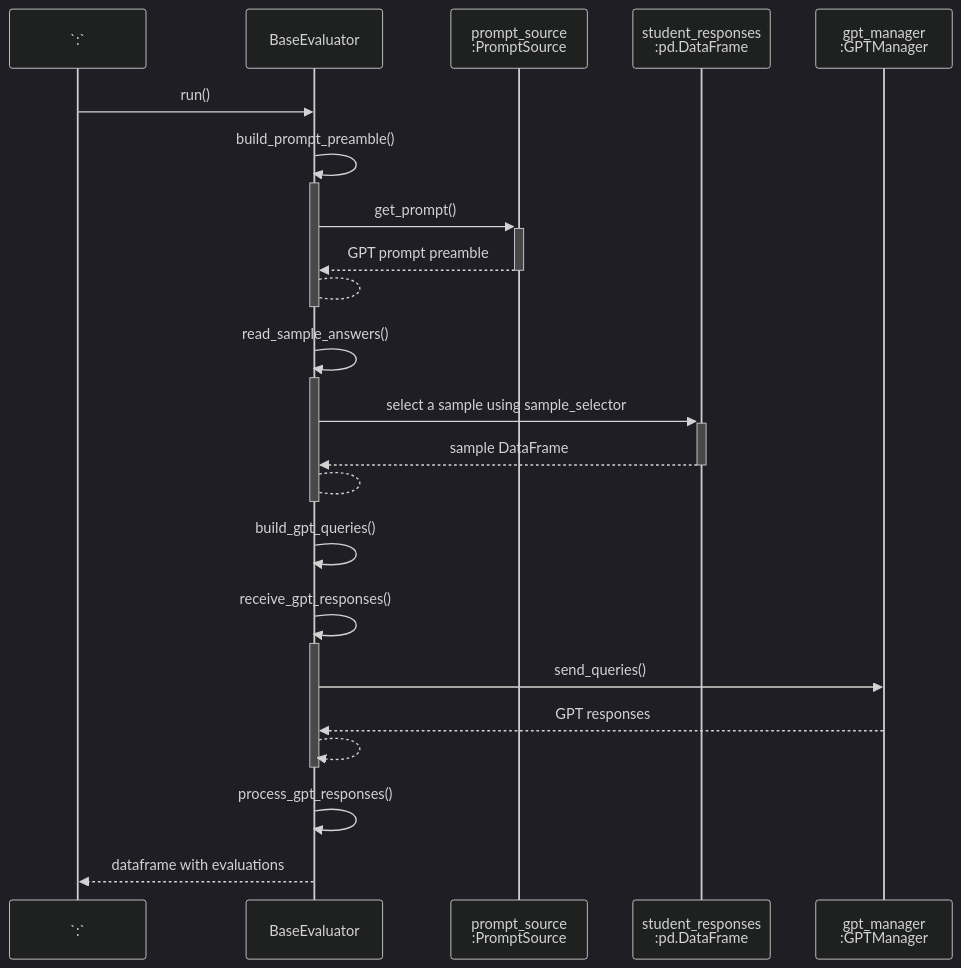
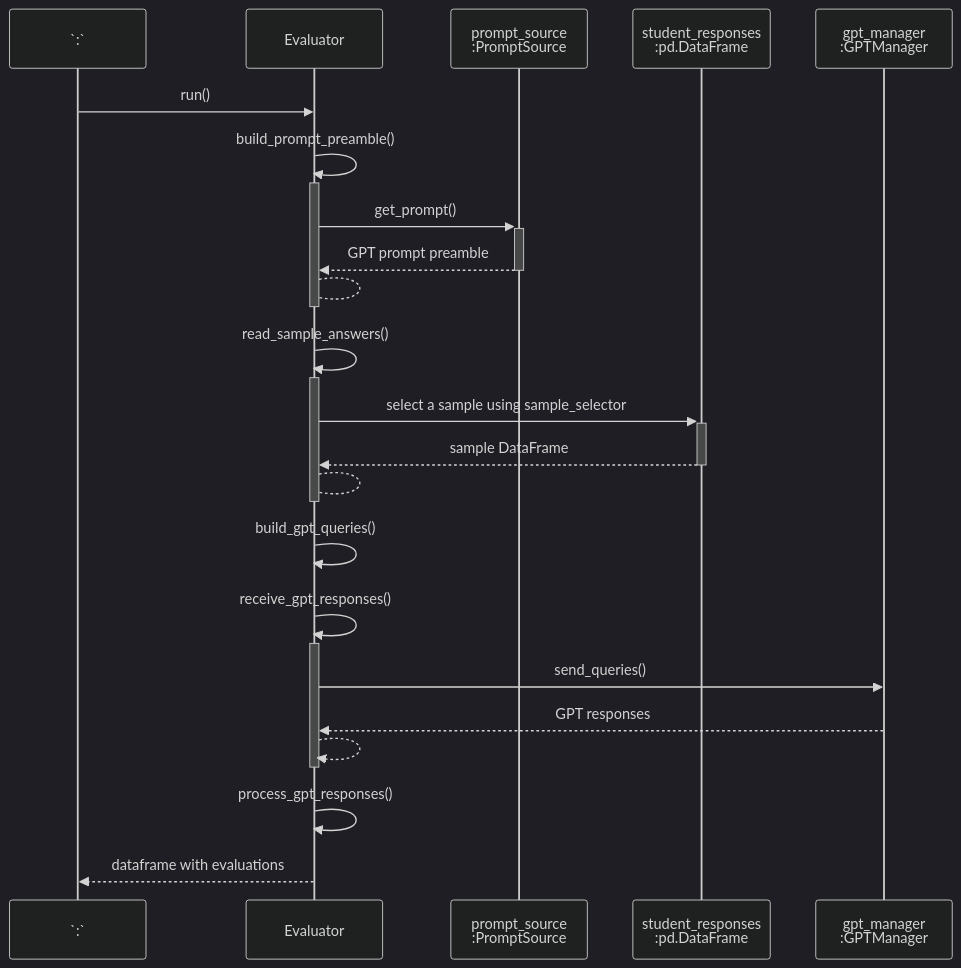
One commit to ulpgc-ai/evalia changed the third of 5 diagrams in class_architecture.md. Above: the diagram before and after it, drawn with Mermaid (dark theme). The commit also changed other lines of this file and 14 other files, not shown here.

Commit message:
rename BaseEvaluator --> Evaluator

````diff
--- a/class_architecture.md
+++ b/class_architecture.md
@@ -94,24 +94,24 @@
 ```mermaid
 sequenceDiagram
     participant Self as `:`
-    participant E as BaseEvaluator
+    participant E as Evaluator
     participant PromptSource as prompt_source<br>:PromptSource
     participant DataFrame as student_responses<br>:pd.DataFrame
     participant GPTManager as gpt_manager<br>:GPTManager
     Self->>E: run()
     E->>+E: build_prompt_preamble()
     E->>+PromptSource: get_prompt()
     PromptSource-->>-E: GPT prompt preamble
     E-->-E: 
     E->>+E: read_sample_answers()
     E->>+DataFrame: select a sample using sample_selector
     DataFrame-->>-E: sample DataFrame
     E-->-E: 
     E->>E: build_gpt_queries()
     E->>+E: receive_gpt_responses()
     E->>GPTManager: send_queries()
     GPTManager-->>E: GPT responses
     E-->>-E: 
     E->>E: process_gpt_responses()
     E-->>Self: dataframe with evaluations
 ```
````
